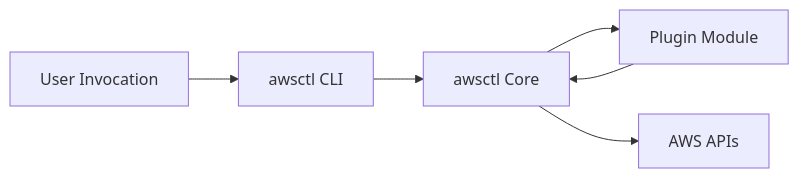
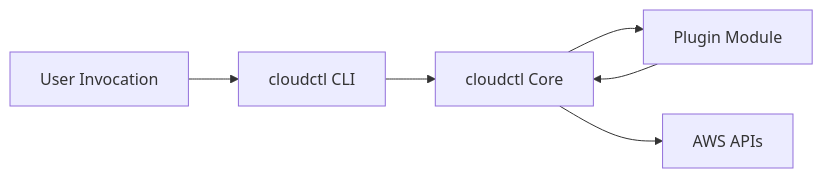
The first of 2 diagrams in docs/wiki/writing-plugins.md (hoad-org/cloudctl), drawn with Mermaid before and after one commit. The commit also changed other lines of this file and 198 other files, not shown here.

````diff
--- a/docs/wiki/writing-plugins.md
+++ b/docs/wiki/writing-plugins.md
@@ -44,14 +44,14 @@
 ```mermaid
 flowchart LR
     User[User Invocation]
-    CLI[awsctl CLI]
-    Core[awsctl Core]
+    CLI[cloudctl CLI]
+    Core[cloudctl Core]
     Plugin[Plugin Module]
     AWS[AWS APIs]
 
     User --> CLI
     CLI --> Core
     Core --> Plugin
     Plugin --> Core
     Core --> AWS
 ```
````
